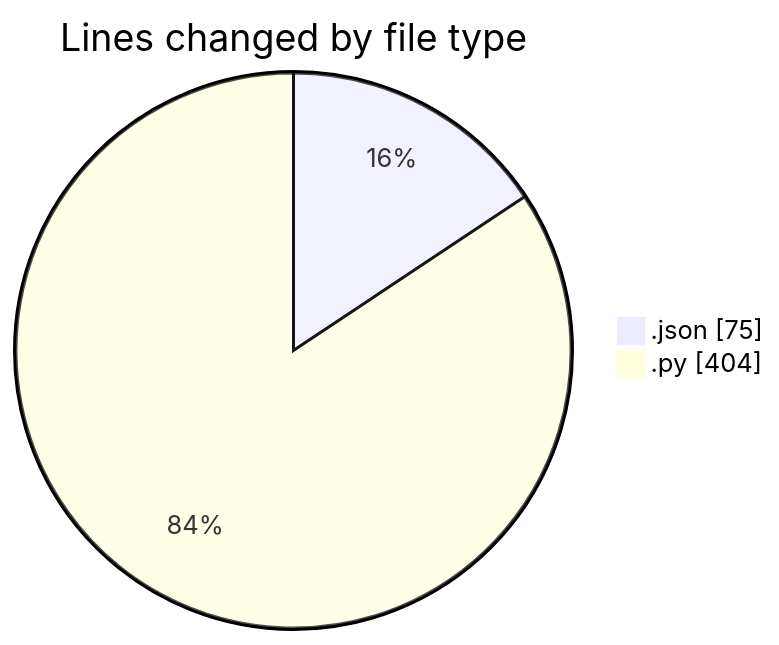
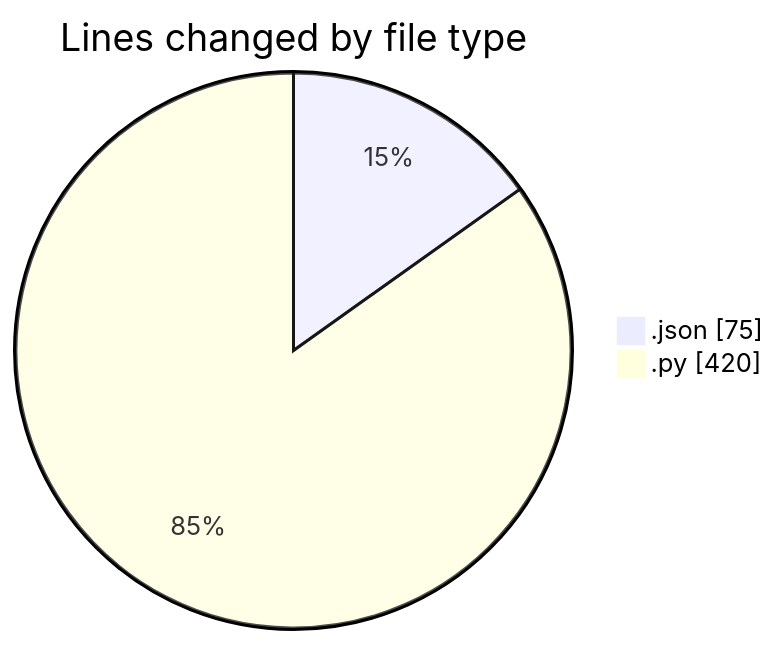
One commit to MatusMokan/code-tracking changed the first of 2 diagrams in 2025-10-08/untitled__workspace_/README.md. Above: the diagram before and after it, drawn with Mermaid. The commit also changed other lines of this file and 1 other file, not shown here.

````diff
--- a/2025-10-08/untitled__workspace_/README.md
+++ b/2025-10-08/untitled__workspace_/README.md
@@ -23,6 +23,6 @@
 ```mermaid
 pie showData
 title Lines changed by file type
 ".json" : 75
-".py" : 404
+".py" : 420
 ```
````
